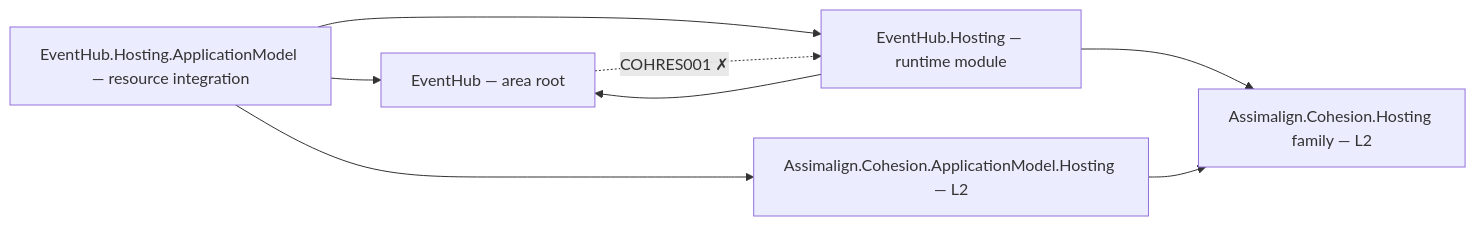
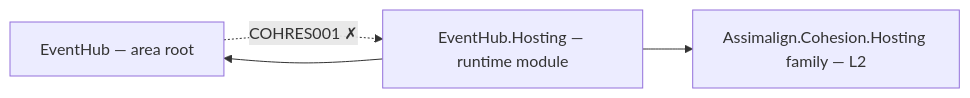
The diagram in resources/EventHub/README.md (assimalign/cohesion), drawn with Mermaid before and after one commit. The commit also changed other lines of this file and 141 other files, not shown here.

First line of the commit message:
docs(application-model): remove the old model from rules and docs

````diff
--- a/resources/EventHub/README.md
+++ b/resources/EventHub/README.md
@@ -12,15 +12,9 @@
 ```mermaid
 flowchart LR
     P0["EventHub — area root"]
     P2["EventHub.Hosting — runtime module"]
-    PAM["EventHub.Hosting.ApplicationModel — resource integration"]
-    AMH["Assimalign.Cohesion.ApplicationModel.Hosting — L2"]
     HOSTFAM["Assimalign.Cohesion.Hosting family — L2"]
     P2 --> P0
     P2 --> HOSTFAM
-    PAM --> P2
-    PAM --> P0
-    PAM --> AMH
-    AMH --> HOSTFAM
     P0 -.->|"COHRES001 ✗"| P2
 ```
````
